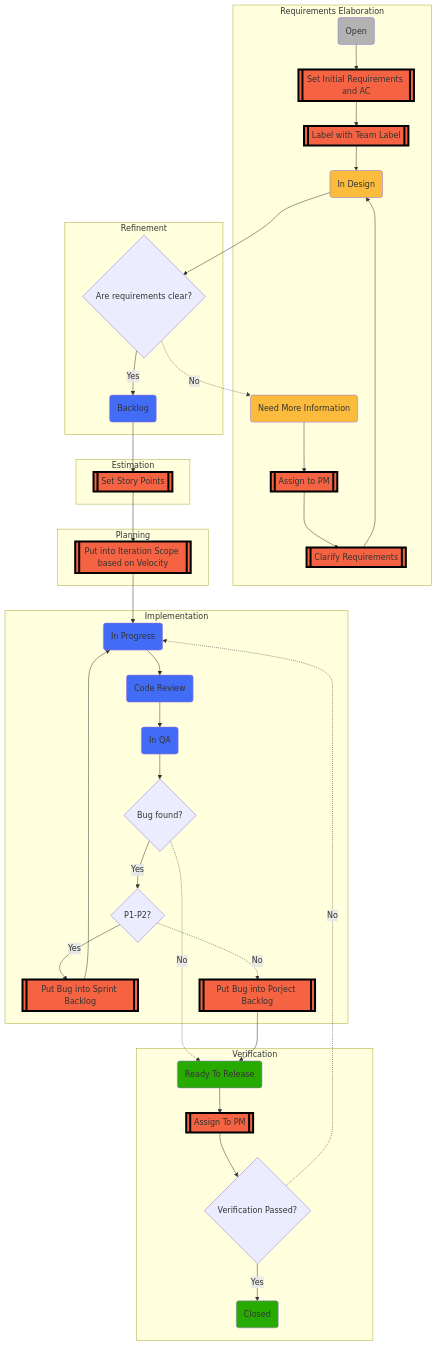
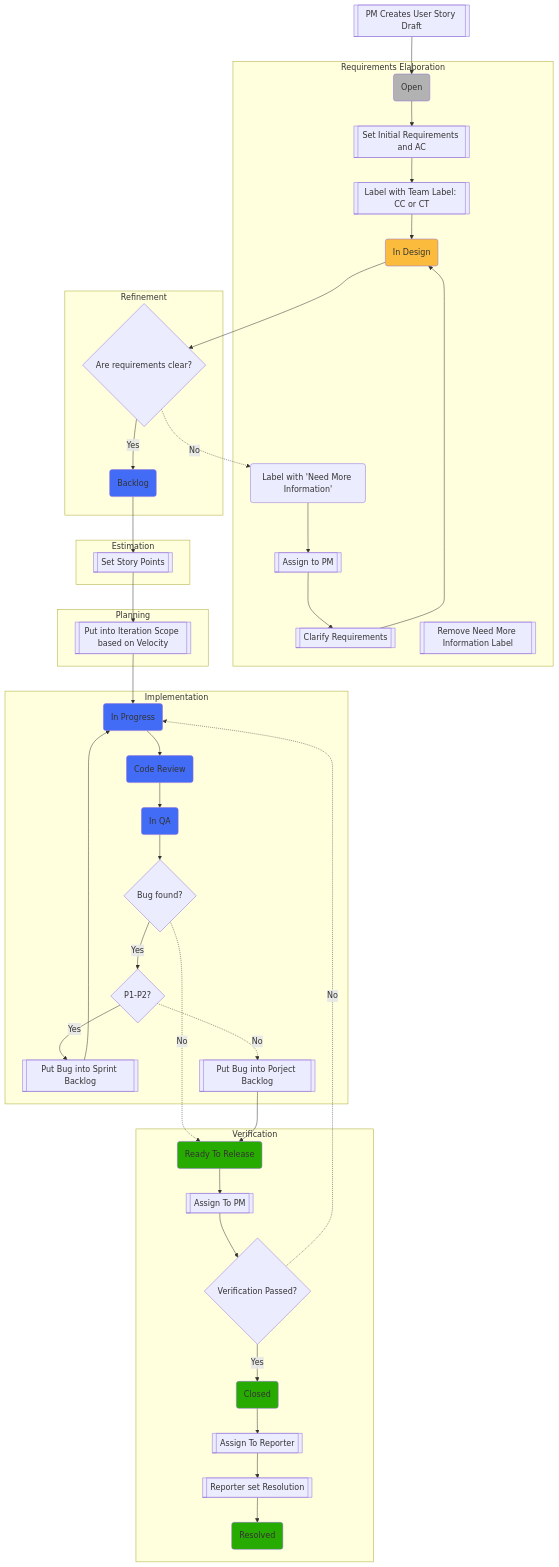
The diagram in agile-flow.markdown (AntonShakhlovich-GBI/agile-process), drawn with Mermaid before and after one commit. The commit also changed other lines of this file, not shown here.

Commit message:
feat: adjust user story flow

````diff
--- a/agile-flow.markdown
+++ b/agile-flow.markdown
@@ -6,13 +6,16 @@
 ```mermaid!
 graph TB
+    PM_Creates_Draft[[PM Creates User Story Draft]]
+    PM_Creates_Draft-->Draft
     subgraph "Requirements Elaboration"
       Draft(Open)
       Design(In Design)
-      NeedInfo(Need More Information)
+      NeedInfo(Label with 'Need More Information')
       A_Clarify[[Clarify Requirements]]
+      RemoveLabel[[Remove Need More Information Label]] 
       A_Assign_PM[[Assign to PM]]
       A_Set_Reqirements[[Set Initial Requirements and AC]]
-      A_Label[[Label with Team Label]]
+      A_Label[[Label with Team Label: CC or CT]]
   
       Draft--> A_Set_Reqirements
       A_Set_Reqirements --> A_Label
@@ -72,10 +75,16 @@
       If_Verified{Verification Passed?}
       Closed(Closed)
       A_Assign_PM_Release[[Assign To PM]]
+      A_Assign_Reporter[[Assign To Reporter]]
+      A_Reporter_Resolution[[Reporter set Resolution]]
+      Resolved(Resolved)
   
       ReadyToRelease --> A_Assign_PM_Release
       A_Assign_PM_Release --> If_Verified
       If_Verified -->|Yes|Closed
+      Closed --> A_Assign_Reporter
+      A_Assign_Reporter --> A_Reporter_Resolution
+      A_Reporter_Resolution --> Resolved
     end
   
     If_Verified -.->|No|InProgress
@@ -85,14 +94,14 @@
     class Draft draft
 
     classDef notReadyStatus fill:#fbbc3d
-    class Design,NeedInfo notReadyStatus
+    class Design notReadyStatus
     
     classDef action fill:#f56342, stroke-width: 4px, stroke: black
-    class A_Estimate,A_Clarify,A_Assign_PM,A_Set_Reqirements,A_Label,A_Assign_PM_Release,A_Bug_Sprint,A_Bug_Project,A_Plan action
+    class RemoveLabel,NeedInfo,PM_Creates_Draft,A_Estimate,A_Clarify,A_Assign_PM,A_Set_Reqirements,A_Label,A_Assign_PM_Release,A_Bug_Sprint,A_Bug_Project,A_Plan action,A_Assign_Reporter
 
     classDef development fill:#426cf5
     class Backlog,InProgress,CodeReview,InQA development
   
     classDef closed fill:#28ab00
-    class ReadyToRelease,Closed closed
+    class ReadyToRelease,Closed,Resolved closed
 ```
````
